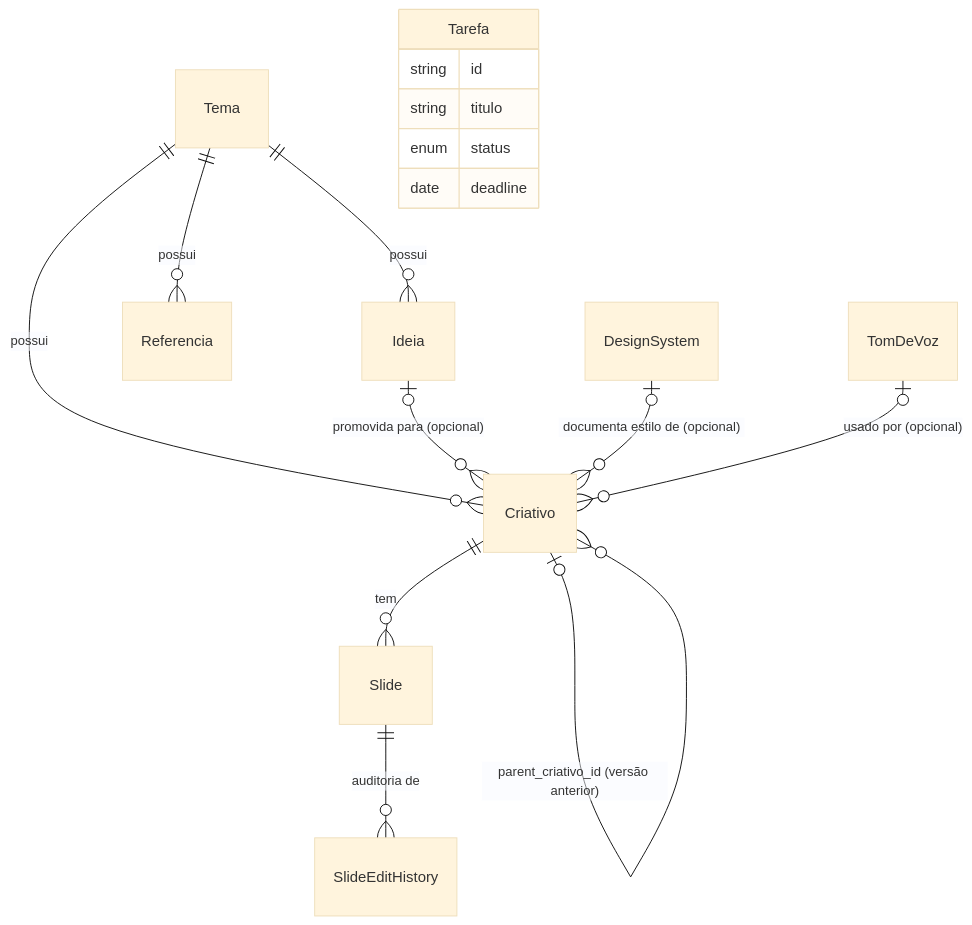
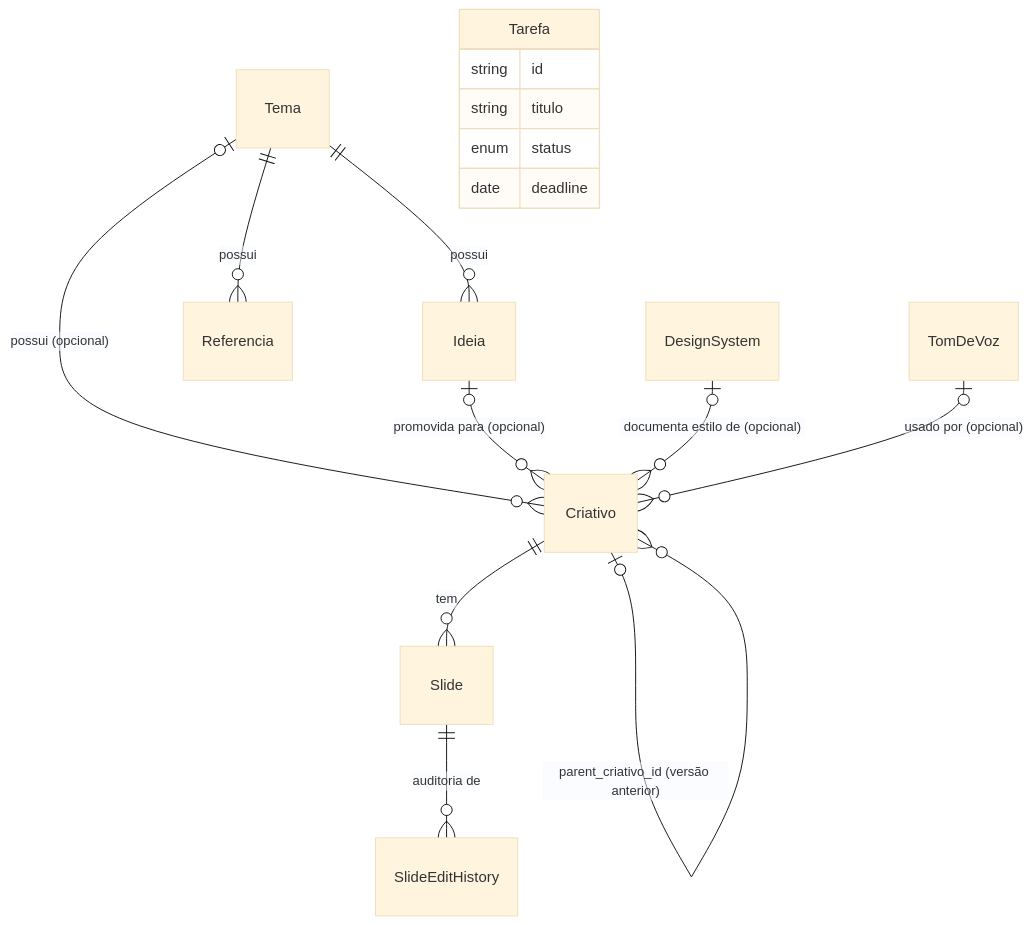
The diagram in esquema-prisma.md (guyuzo/SocialMediaCreative), drawn with Mermaid (base theme) before and after one commit. The commit also changed other lines of this file and 23 other files, not shown here.

````diff
--- a/esquema-prisma.md
+++ b/esquema-prisma.md
@@ -41,18 +41,18 @@
 ```mermaid
 erDiagram
     Tema ||--o{ Ideia : "possui"
     Tema ||--o{ Referencia : "possui"
-    Tema ||--o{ Criativo : "possui"
+    Tema |o--o{ Criativo : "possui (opcional)"
     Ideia |o--o{ Criativo : "promovida para (opcional)"
     Criativo ||--o{ Slide : "tem"
     Criativo |o--o{ Criativo : "parent_criativo_id (versão anterior)"
     DesignSystem |o--o{ Criativo : "documenta estilo de (opcional)"
     TomDeVoz |o--o{ Criativo : "usado por (opcional)"
     Slide ||--o{ SlideEditHistory : "auditoria de"
     Tarefa {
         string id
         string titulo
         enum status
         date deadline
     }
 ```
````
